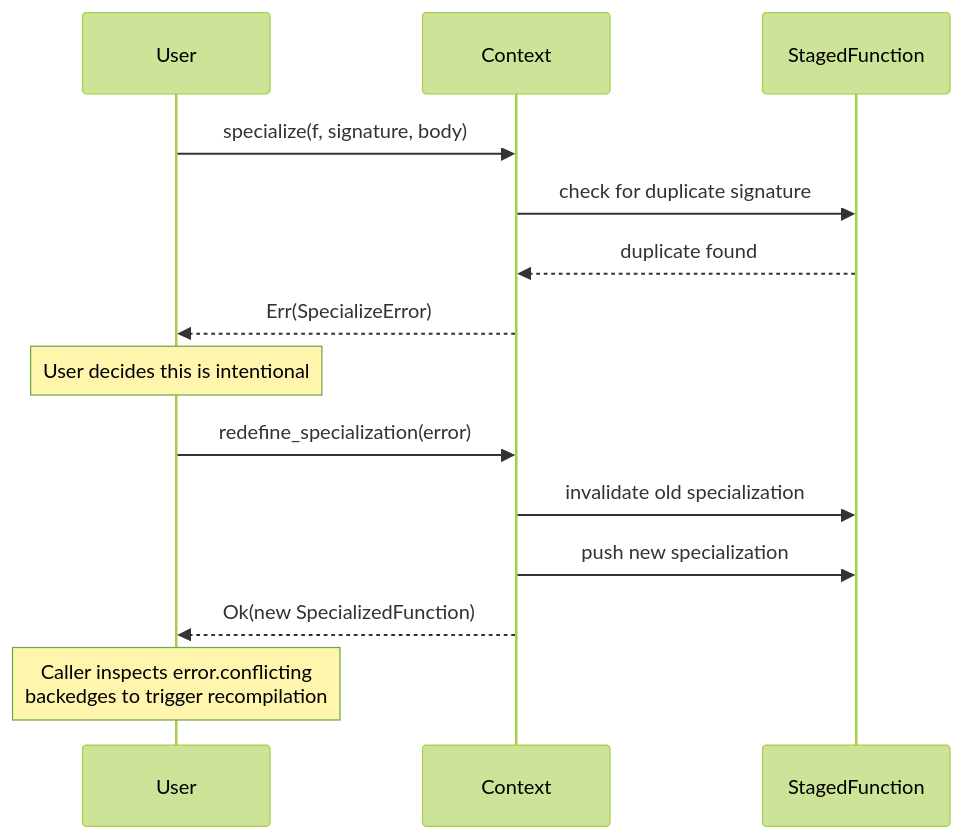
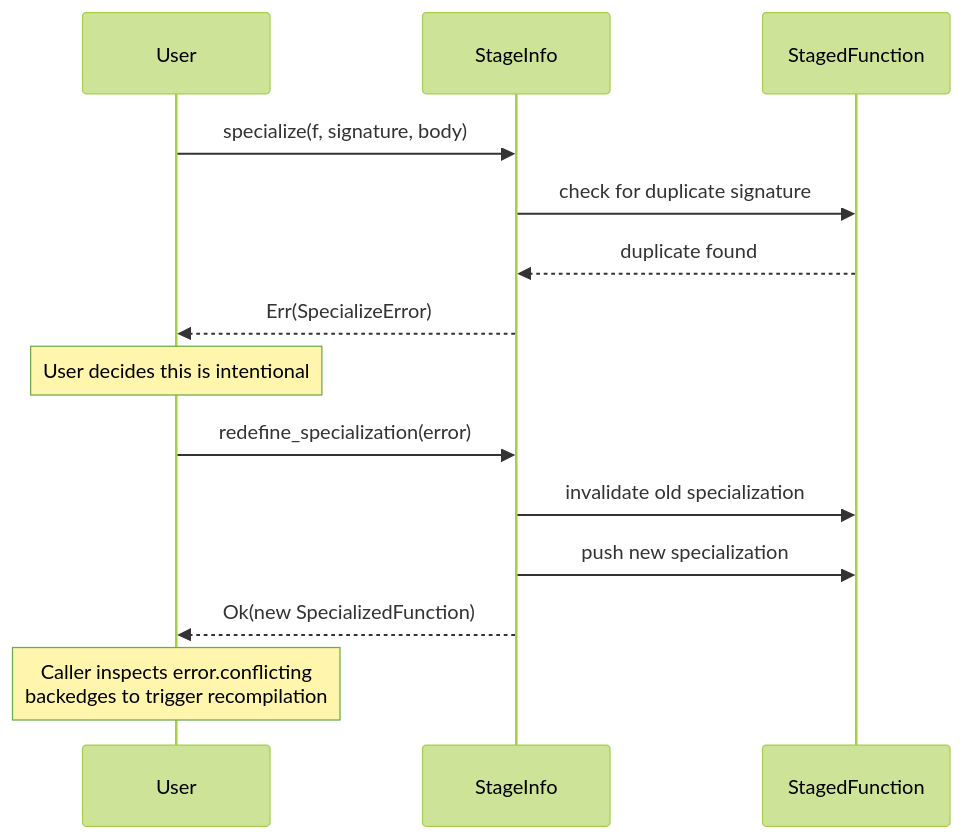
The fourth of 4 diagrams in design/function.md (QuEraComputing/kirin), drawn with Mermaid (forest theme) before and after one commit. The commit also changed 54 other files, not shown here.

First line of the commit message:
refactor(ast): rename context to stage in kirin-chumsky for consistency

````diff
--- a/design/function.md
+++ b/design/function.md
@@ -147,19 +147,19 @@
 ```mermaid
 sequenceDiagram
     participant User
-    participant Context
+    participant StageInfo
     participant StagedFunction
 
-    User->>Context: specialize(f, signature, body)
-    Context->>StagedFunction: check for duplicate signature
-    StagedFunction-->>Context: duplicate found
-    Context-->>User: Err(SpecializeError)
+    User->>StageInfo: specialize(f, signature, body)
+    StageInfo->>StagedFunction: check for duplicate signature
+    StagedFunction-->>StageInfo: duplicate found
+    StageInfo-->>User: Err(SpecializeError)
 
     Note over User: User decides this is intentional
-    User->>Context: redefine_specialization(error)
-    Context->>StagedFunction: invalidate old specialization
-    Context->>StagedFunction: push new specialization
-    Context-->>User: Ok(new SpecializedFunction)
+    User->>StageInfo: redefine_specialization(error)
+    StageInfo->>StagedFunction: invalidate old specialization
+    StageInfo->>StagedFunction: push new specialization
+    StageInfo-->>User: Ok(new SpecializedFunction)
 
     Note over User: Caller inspects error.conflicting<br/>backedges to trigger recompilation
 ```
````
